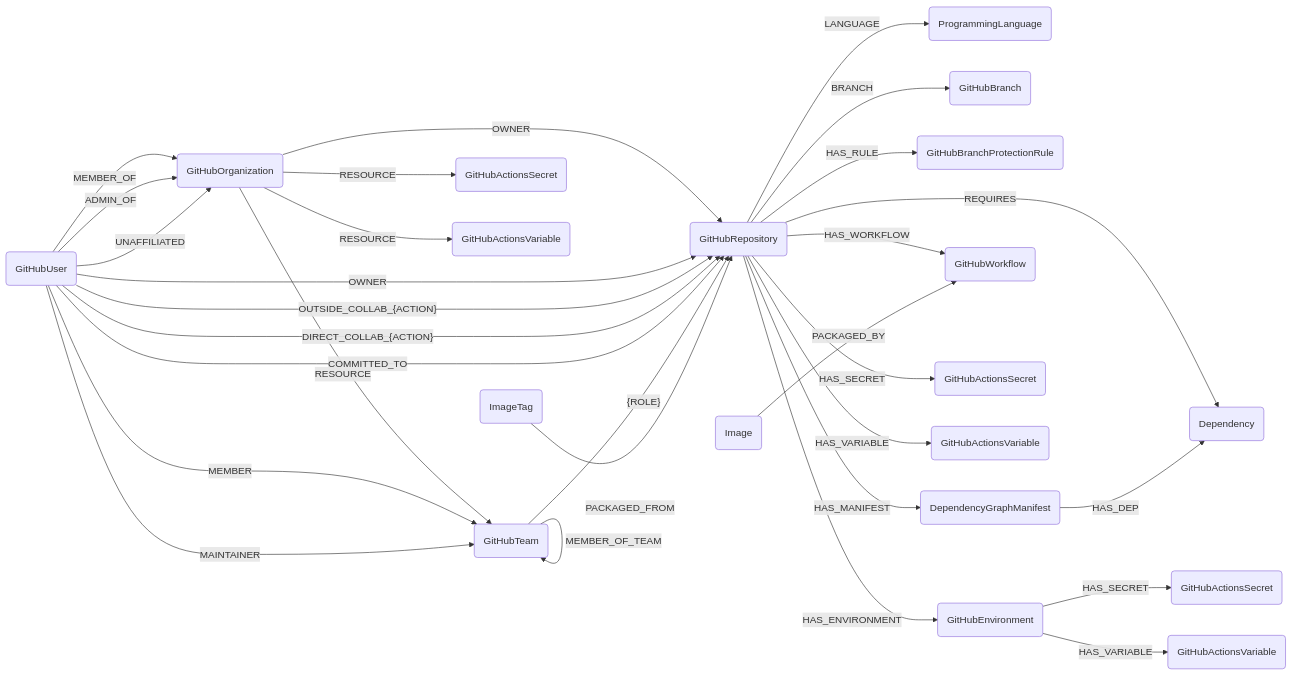
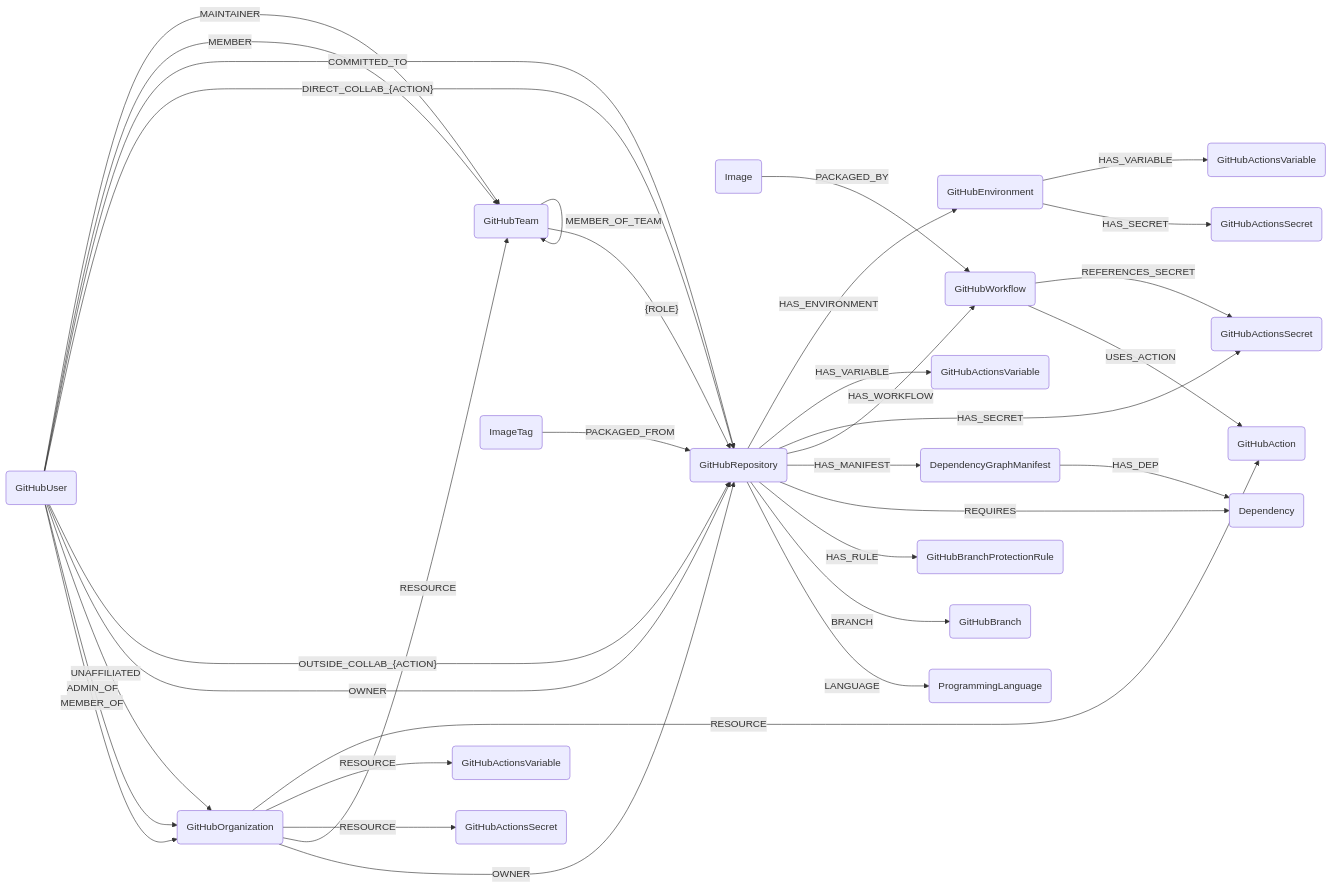
One commit to sec-js/cartography changed the diagram in docs/root/modules/github/schema.md. Above: the diagram before and after it, drawn with Mermaid. The commit also changed other lines of this file and 8 other files, not shown here.

````diff
--- a/docs/root/modules/github/schema.md
+++ b/docs/root/modules/github/schema.md
@@ -3,33 +3,36 @@
 ```mermaid
 graph LR
 
 O(GitHubOrganization) -- OWNER --> R(GitHubRepository)
 O -- RESOURCE --> T(GitHubTeam)
 O -- RESOURCE --> OS(GitHubActionsSecret)
 O -- RESOURCE --> OV(GitHubActionsVariable)
+O -- RESOURCE --> A(GitHubAction)
 U(GitHubUser) -- MEMBER_OF --> O
 U -- ADMIN_OF --> O
 U -- UNAFFILIATED --> O
 U -- OWNER --> R
 U -- OUTSIDE_COLLAB_{ACTION} --> R
 U -- DIRECT_COLLAB_{ACTION} --> R
 U -- COMMITTED_TO --> R
 R -- LANGUAGE --> L(ProgrammingLanguage)
 R -- BRANCH --> B(GitHubBranch)
 R -- HAS_RULE --> BPR(GitHubBranchProtectionRule)
 R -- REQUIRES --> D(Dependency)
 R -- HAS_MANIFEST --> M(DependencyGraphManifest)
 R -- HAS_WORKFLOW --> W(GitHubWorkflow)
 R -- HAS_SECRET --> RS(GitHubActionsSecret)
 R -- HAS_VARIABLE --> RV(GitHubActionsVariable)
 R -- HAS_ENVIRONMENT --> E(GitHubEnvironment)
+W -- USES_ACTION --> A(GitHubAction)
+W -- REFERENCES_SECRET --> RS
 E -- HAS_SECRET --> ES(GitHubActionsSecret)
 E -- HAS_VARIABLE --> EV(GitHubActionsVariable)
 M -- HAS_DEP --> D
 T -- {ROLE} --> R
 T -- MEMBER_OF_TEAM --> T
 U -- MEMBER --> T
 U -- MAINTAINER --> T
 IT(ImageTag) -- PACKAGED_FROM --> R
 I(Image) -- PACKAGED_BY --> W
 ```
````
